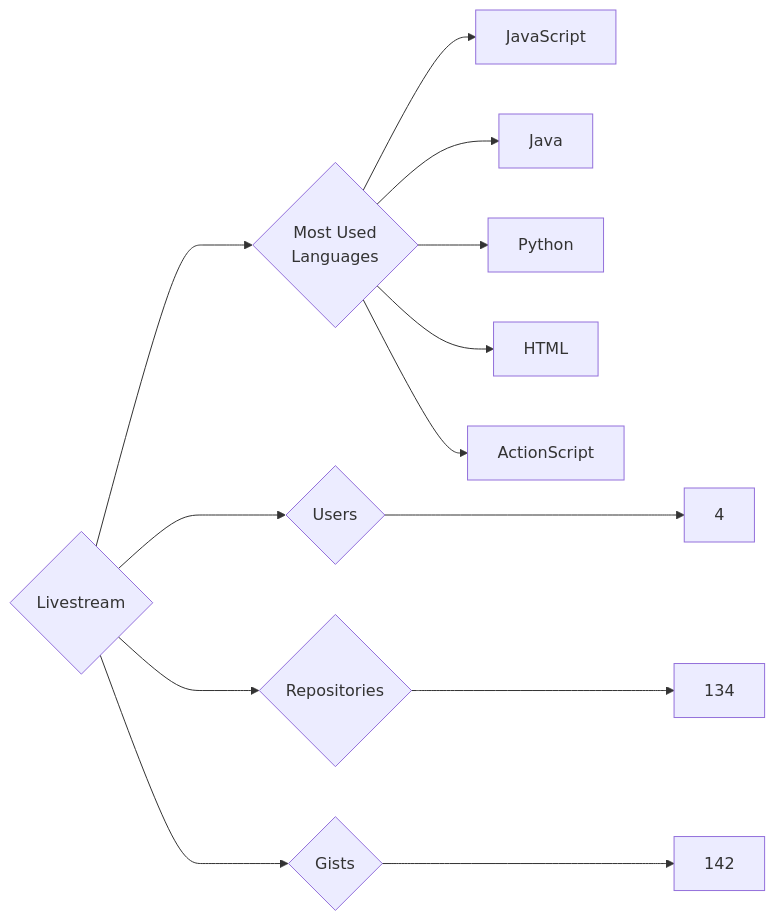
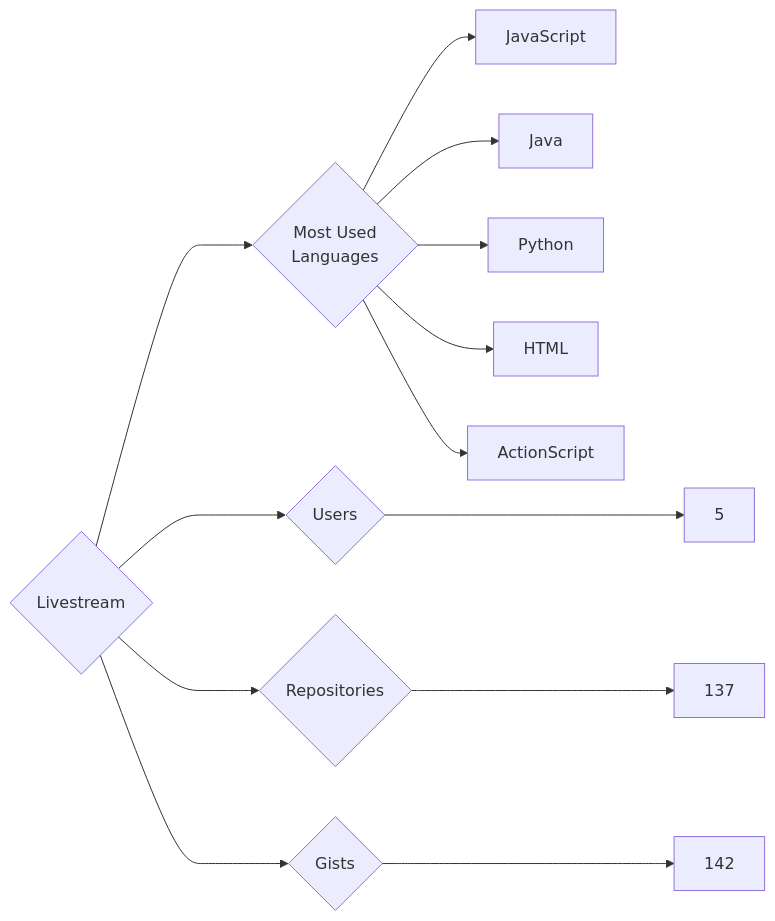
Before and after one commit to trickest/insiders: the diagram in targets/Livestream/README.md, drawn with Mermaid. The commit also changed 899 other files, not shown here.

````diff
--- a/targets/Livestream/README.md
+++ b/targets/Livestream/README.md
@@ -3,13 +3,13 @@
 ```mermaid
 graph LR
 COMPANY_NAME{Livestream}
-COMPANY_NAME ---> U{Users} ---> UN[4]
-COMPANY_NAME ---> R{Repositories} ---> RN[134]
+COMPANY_NAME ---> U{Users} ---> UN[5]
+COMPANY_NAME ---> R{Repositories} ---> RN[137]
 COMPANY_NAME ---> G{Gists} ---> GN[142]
 COMPANY_NAME ---> ML{Most Used<br>Languages}
 ML --> JavaScript[JavaScript]
 ML --> Java[Java]
 ML --> Python[Python]
 ML --> HTML[HTML]
 ML --> ActionScript[ActionScript]
 ```
````
